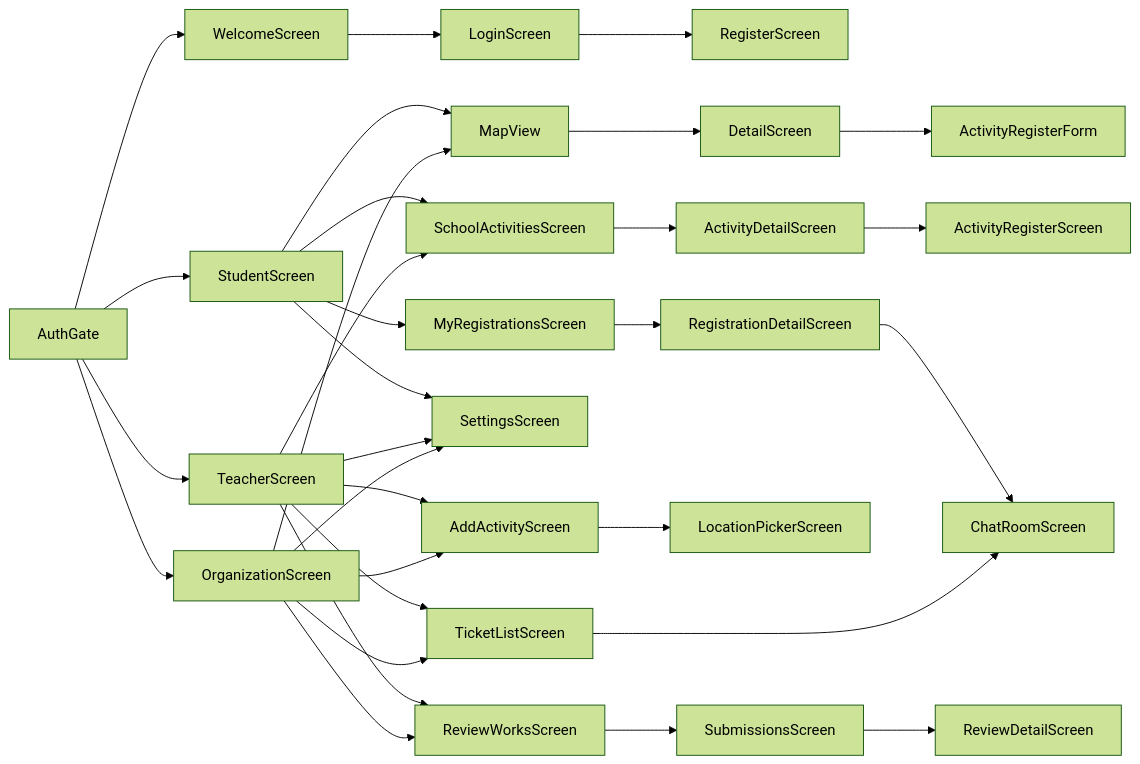
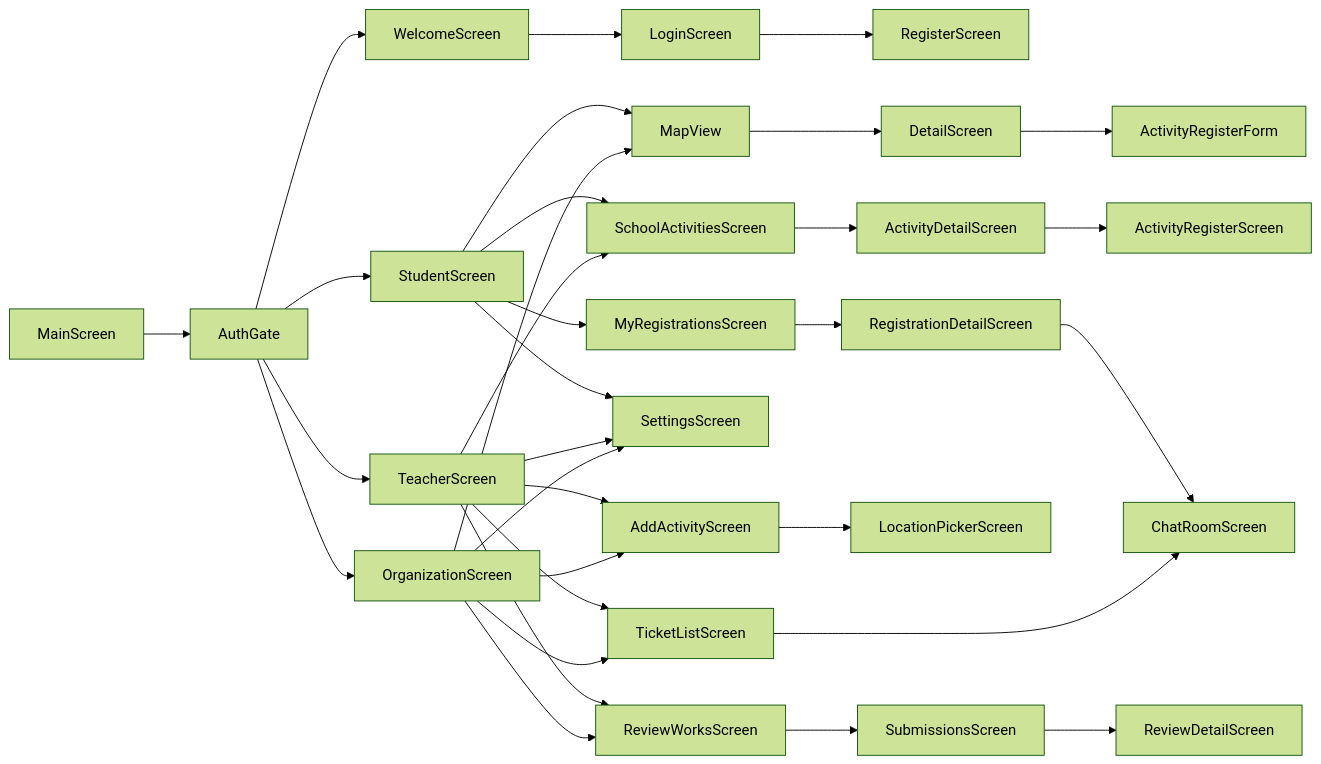
Before and after one commit to Toteyparamee/Socialdevapp: diagram 13 of 14 in README.md, drawn with Mermaid (forest theme).

Commit message:
feat: Update authentication flow diagram in README.md to reflect screen navigation from MainScreen to WelcomeScreen

````diff
--- a/README.md
+++ b/README.md
@@ -603,36 +603,38 @@
 ```mermaid
 flowchart LR
-    GATE["AuthGate"] --> WELCOME["WelcomeScreen"]
+    MAIN["MainScreen"] --> GATE["AuthGate"]
+
+    GATE --> WELCOME["WelcomeScreen"]
     WELCOME --> LOGIN["LoginScreen"]
     LOGIN --> REGISTER["RegisterScreen"]
 
     GATE --> STUDENT["StudentScreen"]
     STUDENT --> MAPVIEW["MapView"]
     MAPVIEW --> DETAIL["DetailScreen"]
     DETAIL --> REGISTER_FORM["ActivityRegisterForm"]
     STUDENT --> SCHOOL_ACT["SchoolActivitiesScreen"]
     SCHOOL_ACT --> ACT_DETAIL["ActivityDetailScreen"]
     ACT_DETAIL --> ACT_REGISTER["ActivityRegisterScreen"]
     STUDENT --> MY_REG["MyRegistrationsScreen"]
     MY_REG --> REG_DETAIL["RegistrationDetailScreen"]
     REG_DETAIL --> CHATROOM["ChatRoomScreen"]
     STUDENT --> SETTINGS["SettingsScreen"]
 
     GATE --> TEACHER["TeacherScreen"]
     TEACHER --> SCHOOL_ACT
     TEACHER --> ADD_ACT["AddActivityScreen"]
     ADD_ACT --> LOCATION_PICKER["LocationPickerScreen"]
     TEACHER --> REVIEW["ReviewWorksScreen"]
     REVIEW --> SUBMISSIONS["SubmissionsScreen"]
     SUBMISSIONS --> REVIEW_DETAIL["ReviewDetailScreen"]
     TEACHER --> TICKETS["TicketListScreen"]
     TICKETS --> CHATROOM
     TEACHER --> SETTINGS
 
     GATE --> ORG["OrganizationScreen"]
     ORG --> MAPVIEW
     ORG --> ADD_ACT
     ORG --> REVIEW
     ORG --> TICKETS
     ORG --> SETTINGS
 ```
````
